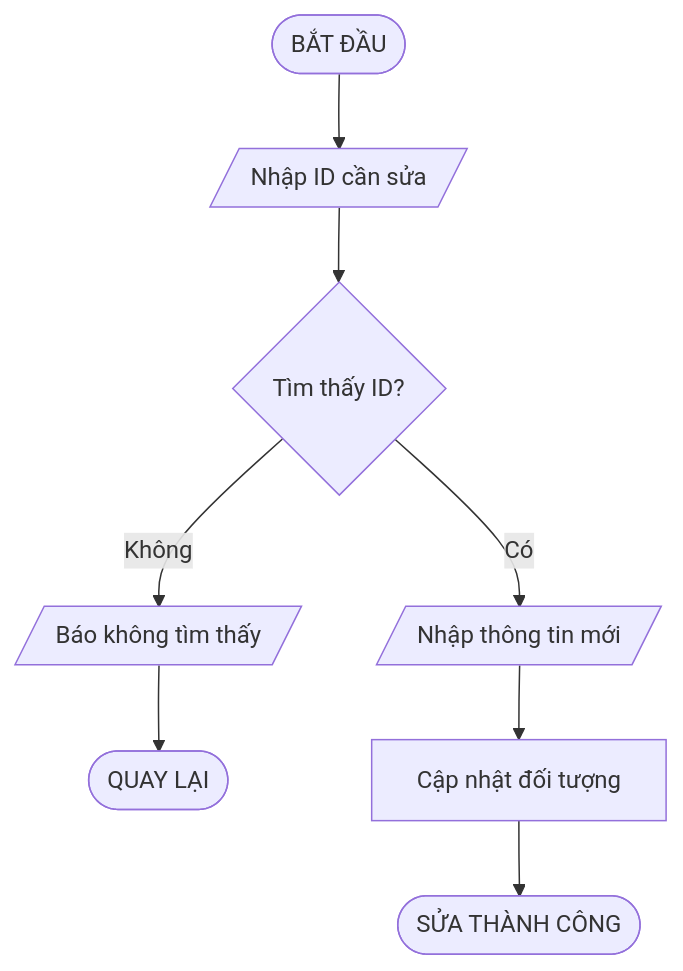
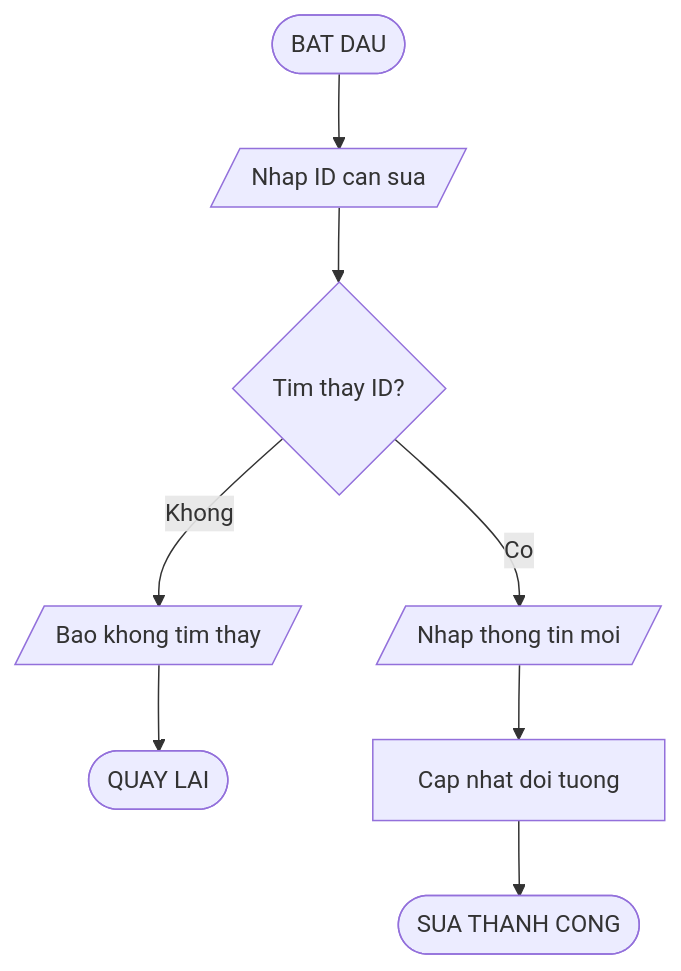
One commit to phucphuc2006/pro-192 changed the fifth of 20 diagrams in docs/Flowcharts/Flowcharts.md. Above: the diagram before and after it, drawn with Mermaid. The commit also changed other lines of this file, not shown here.

Commit message:
Fix Mermaid syntax for GitHub compatibility

````diff
--- a/docs/Flowcharts/Flowcharts.md
+++ b/docs/Flowcharts/Flowcharts.md
@@ -97,10 +97,10 @@
 ```mermaid
 flowchart TD
-    A([BẮT ĐẦU]) --> B[/Nhập ID cần sửa/]
-    B --> C{Tìm thấy ID?}
-    C -->|Không| D[/Báo không tìm thấy/]
-    D --> E([QUAY LẠI])
-    C -->|Có| F[/Nhập thông tin mới/]
-    F --> G[Cập nhật đối tượng]
-    G --> H([SỬA THÀNH CÔNG])
+    A([BAT DAU]) --> B[/Nhap ID can sua/]
+    B --> C{Tim thay ID?}
+    C -->|Khong| D[/Bao khong tim thay/]
+    D --> E([QUAY LAI])
+    C -->|Co| F[/Nhap thong tin moi/]
+    F --> G[Cap nhat doi tuong]
+    G --> H([SUA THANH CONG])
 ```
````
